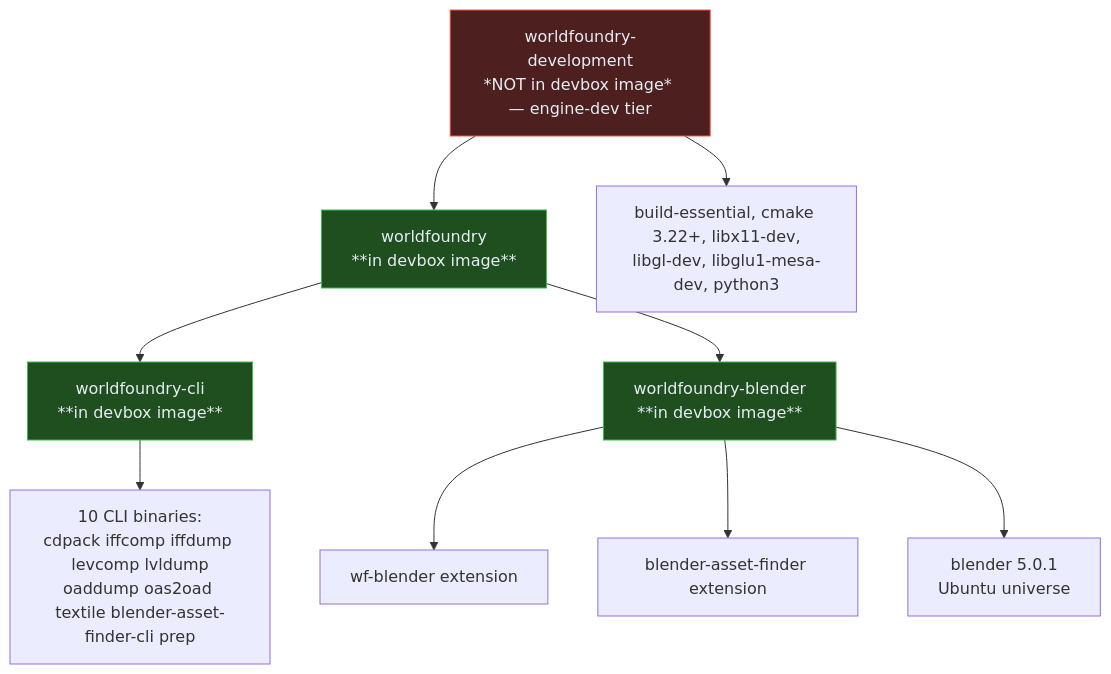
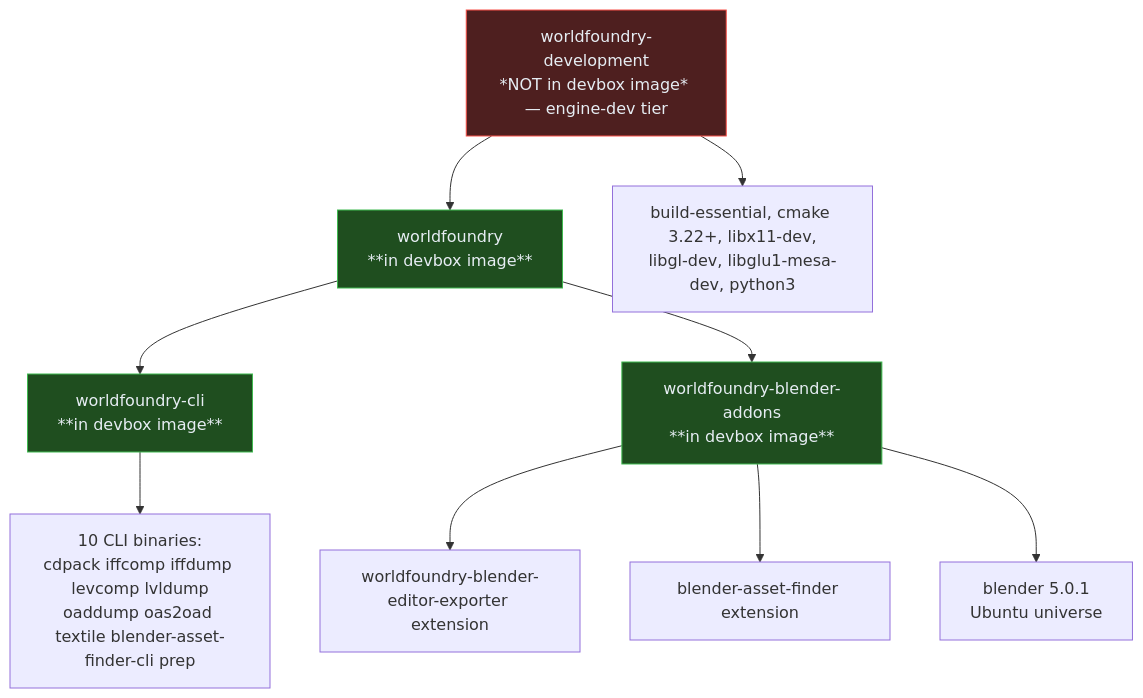
Before and after one commit to foundry-linux/foundrylinux.org: the second of 3 diagrams in docs/plans/2026-05-21-phase-2-devbox-image.md, drawn with Mermaid. The commit also changed other lines of this file and 1 other file, not shown here.

First line of the commit message:
docs(plan,devbox): use real upstream package names

````diff
--- a/docs/plans/2026-05-21-phase-2-devbox-image.md
+++ b/docs/plans/2026-05-21-phase-2-devbox-image.md
@@ -437,17 +437,17 @@
    ```mermaid
    graph TD
      WF[worldfoundry<br/>**in devbox image**]
      WF --> WFCLI[worldfoundry-cli<br/>**in devbox image**]
-     WF --> WFB[worldfoundry-blender<br/>**in devbox image**]
+     WF --> WFB[worldfoundry-blender-addons<br/>**in devbox image**]
      WFCLI --> CLIS[10 CLI binaries:<br/>cdpack iffcomp iffdump levcomp lvldump<br/>oaddump oas2oad textile blender-asset-finder-cli prep]
-     WFB --> WFBLENDER[wf-blender extension]
+     WFB --> WFBLENDER[worldfoundry-blender-editor-exporter extension]
      WFB --> BAF[blender-asset-finder extension]
      WFB --> BLENDER[blender 5.0.1<br/>Ubuntu universe]
      WFDEV[worldfoundry-development<br/>*NOT in devbox image* — engine-dev tier] --> WF
      WFDEV --> EBD[build-essential, cmake 3.22+, libx11-dev,<br/>libgl-dev, libglu1-mesa-dev, python3]
 
      classDef base fill:#1f4e1f,stroke:#3fb950,color:#e6edf3
      classDef separate fill:#4e1f1f,stroke:#f85149,color:#e6edf3
      class WF,WFCLI,WFB base
      class WFDEV separate
    ```
````
